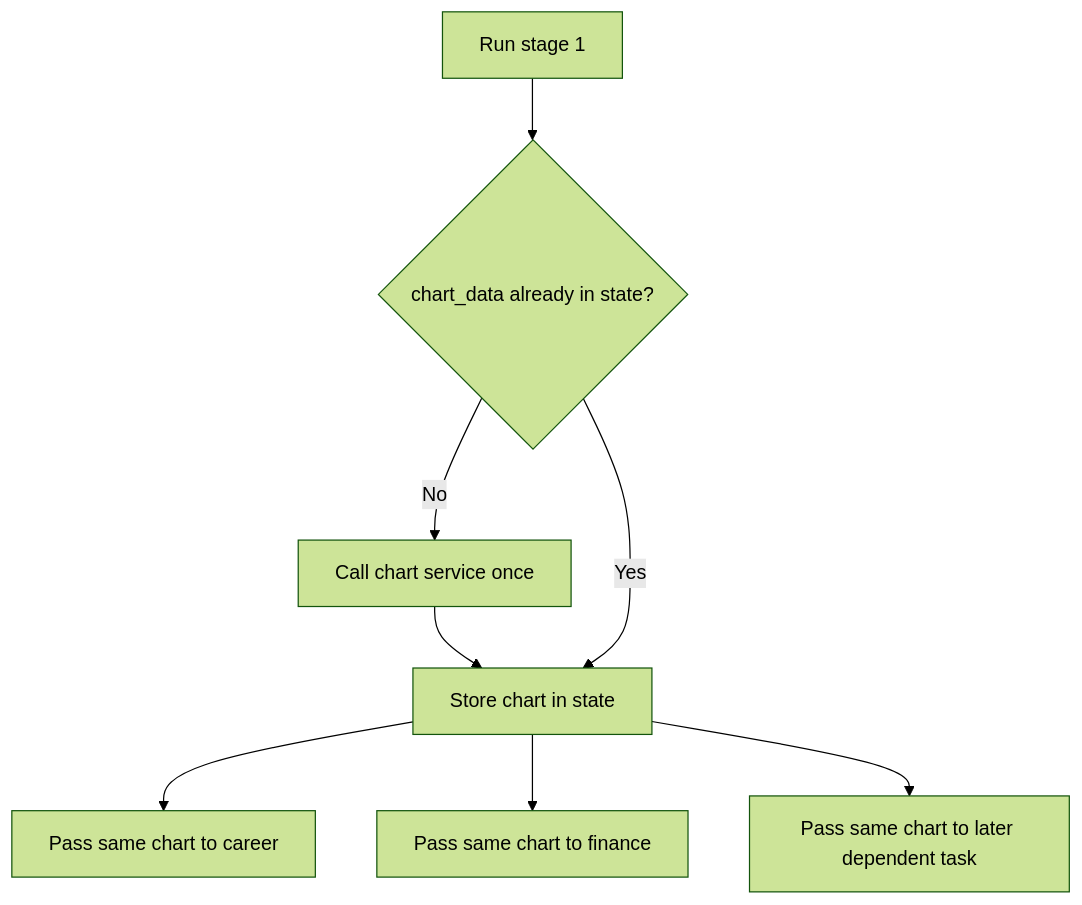
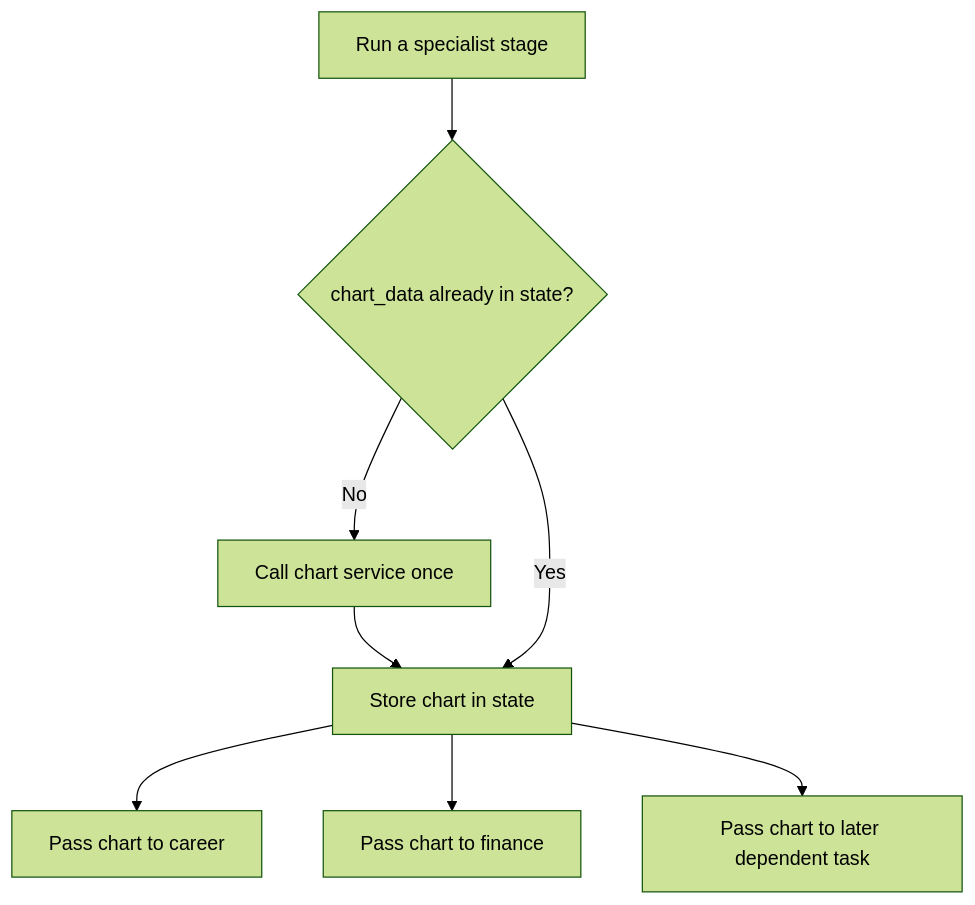
One commit to chamanthmvs/AstroWeave changed the third of 3 diagrams in docs/book/07-chart-service.md. Above: the diagram before and after it, drawn with Mermaid (forest theme). The commit also changed other lines of this file and 10 other files, not shown here.

````diff
--- a/docs/book/07-chart-service.md
+++ b/docs/book/07-chart-service.md
@@ -124,10 +124,10 @@
 ```mermaid
 flowchart TD
-    A[Run stage 1] --> B{chart_data already in state?}
-    B -->|No| C[Call chart service once]
-    C --> D[Store chart in state]
+  A["Run a specialist stage"] --> B{"chart_data already in state?"}
+  B -->|No| C["Call chart service once"]
+  C --> D["Store chart in state"]
     B -->|Yes| D
-    D --> E[Pass same chart to career]
-    D --> F[Pass same chart to finance]
-    D --> G[Pass same chart to later dependent task]
+  D --> E["Pass chart to career"]
+  D --> F["Pass chart to finance"]
+  D --> G["Pass chart to later dependent task"]
 ```
````
